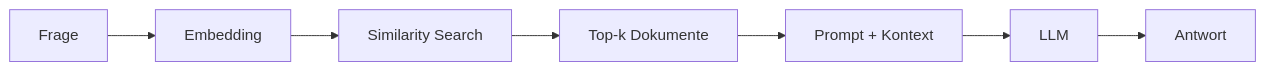
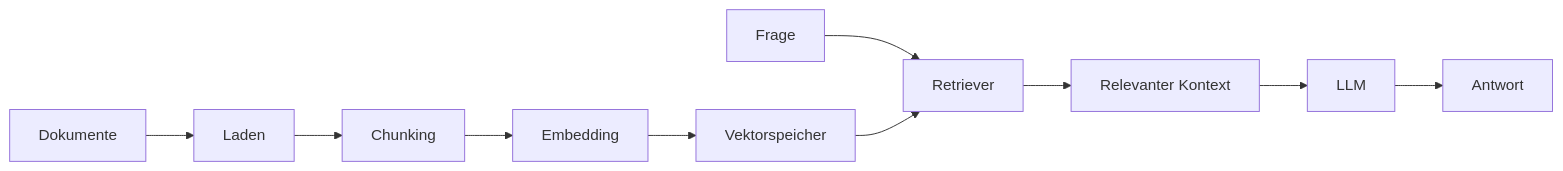
Before and after one commit to ralf-42/Agenten: the diagram in docs/concepts/RAG_Konzepte.md, drawn with Mermaid. The commit also changed other lines of this file and 15 other files, not shown here.

````diff
--- a/docs/concepts/RAG_Konzepte.md
+++ b/docs/concepts/RAG_Konzepte.md
@@ -148,9 +43,12 @@
 ```mermaid
 flowchart LR
-    A[Frage] --> B[Embedding]
-    B --> C[Similarity Search]
-    C --> D[Top-k Dokumente]
-    D --> E[Prompt + Kontext]
-    E --> F[LLM]
-    F --> G[Antwort]
+    A[Dokumente] --> B[Laden]
+    B --> C[Chunking]
+    C --> D[Embedding]
+    D --> E[Vektorspeicher]
+    Q[Frage] --> R[Retriever]
+    E --> R
+    R --> K[Relevanter Kontext]
+    K --> LLM[LLM]
+    LLM --> ANS[Antwort]
 ```
````
